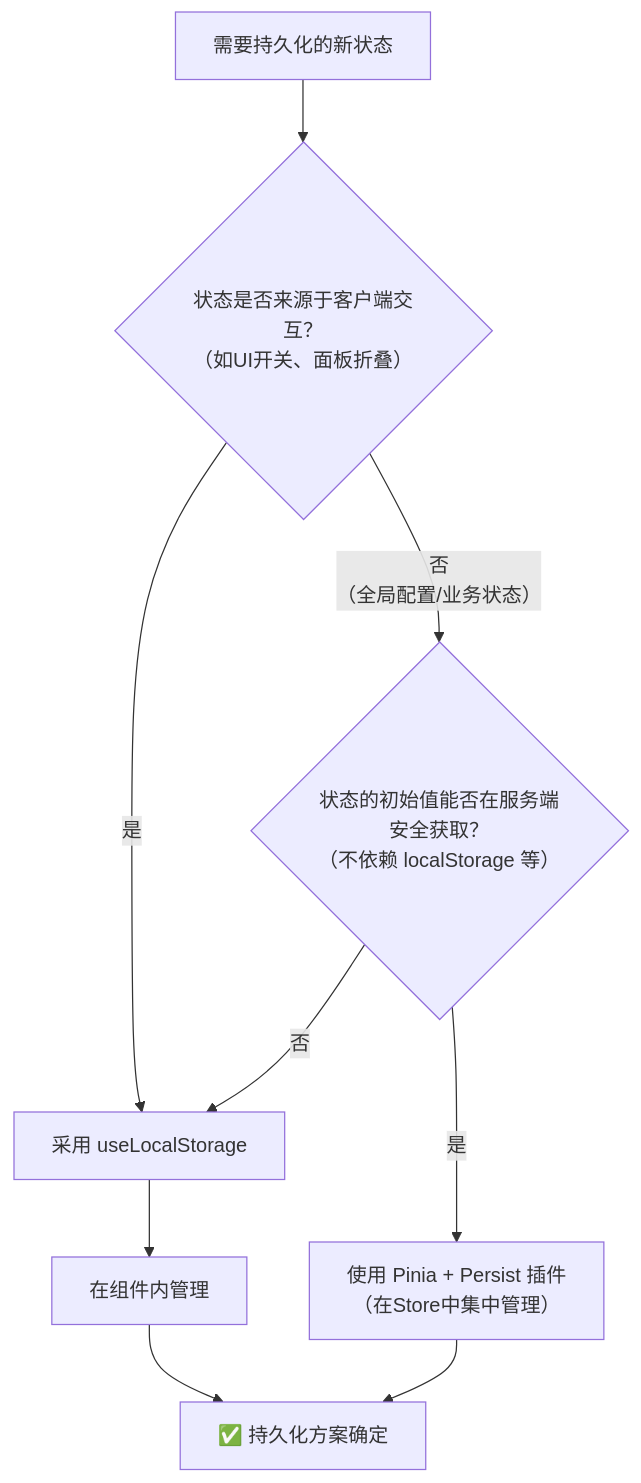
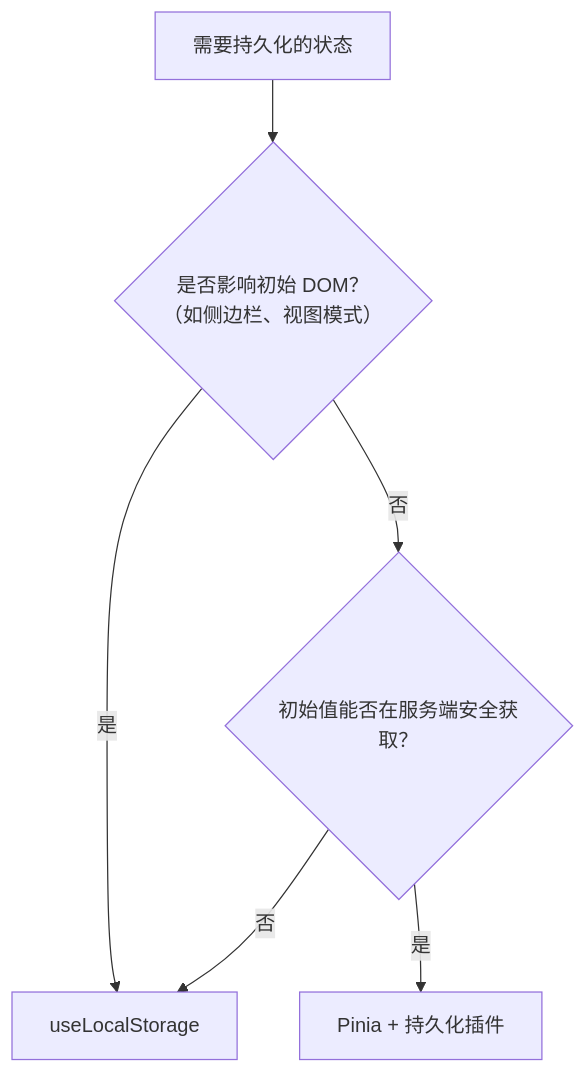
One commit to yuelinghuashu/moongate changed the diagram in content/articles/nuxt-state-persistence-guide.md. Above: the diagram before and after it, drawn with Mermaid. The commit also changed other lines of this file and 5 other files, not shown here.

````diff
--- a/content/articles/nuxt-state-persistence-guide.md
+++ b/content/articles/nuxt-state-persistence-guide.md
@@ -208,16 +130,8 @@
 ```mermaid
 flowchart TD
-    A[需要持久化的新状态] --> B{状态是否来源于客户端交互？<br>（如UI开关、面板折叠）}
-
-    B -- 是 --> C[采用 useLocalStorage]
-    C --> D[在组件内管理]
-
-    B -- 否<br>（全局配置/业务状态） --> E{状态的初始值能否在服务端安全获取？<br>（不依赖 localStorage 等）}
-
-    E -- 否 --> C
-
-    E -- 是 --> F[使用 Pinia + Persist 插件<br>（在Store中集中管理）]
-
-    D --> G[✅ 持久化方案确定]
-    F --> G
+    A[需要持久化的状态] --> B{是否影响初始 DOM？<br>（如侧边栏、视图模式）}
+    B -- 是 --> C[useLocalStorage]
+    B -- 否 --> D{初始值能否在服务端安全获取？}
+    D -- 是 --> E[Pinia + 持久化插件]
+    D -- 否 --> C
 ```
````
